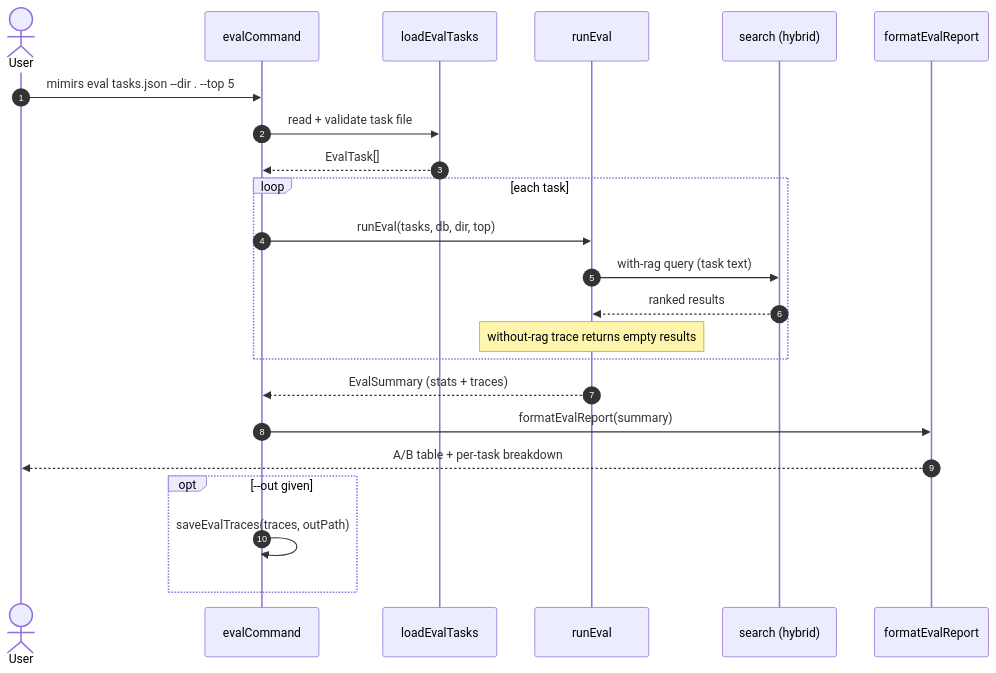
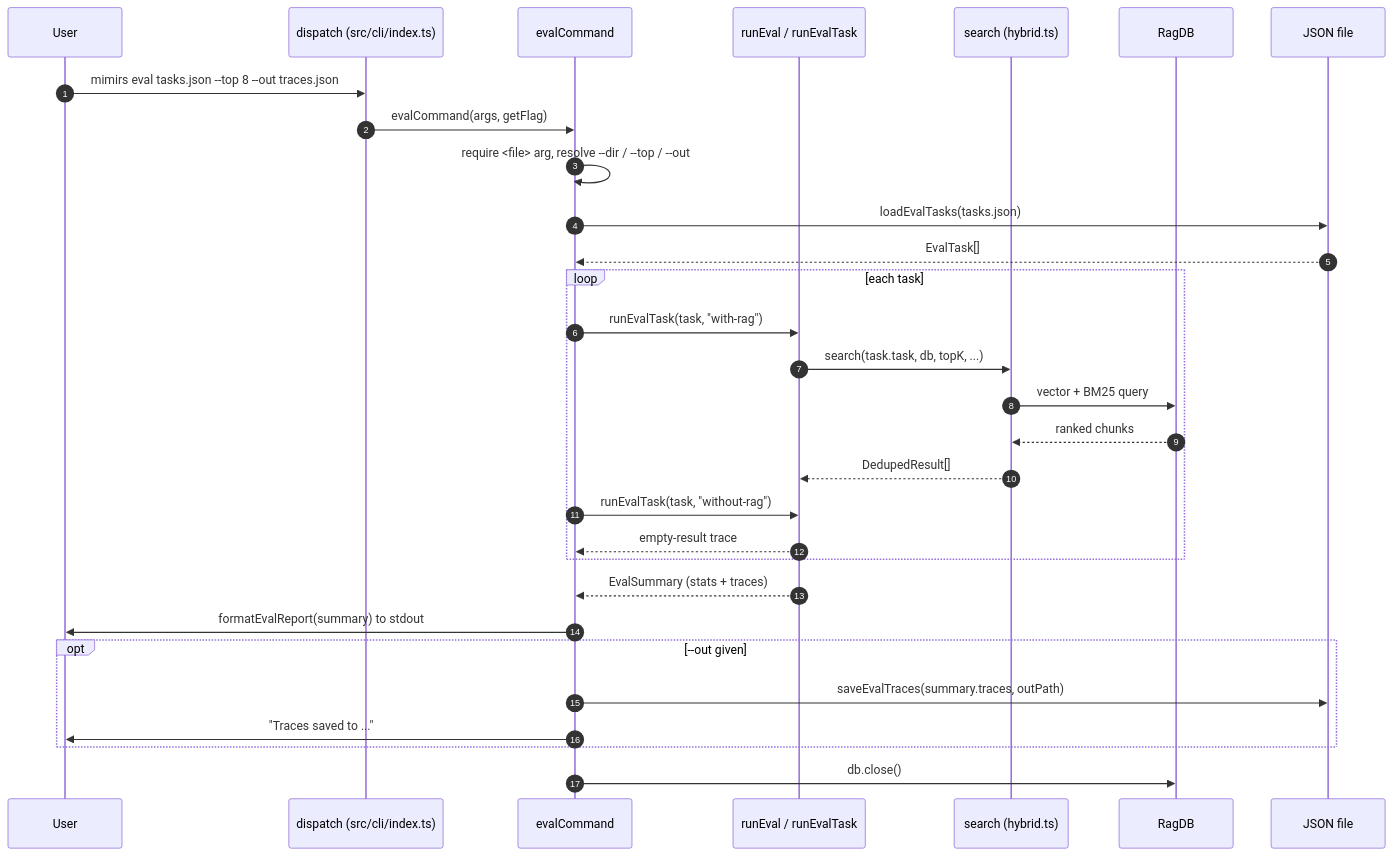
Before and after one commit to TheWinci/mimirs: the diagram in wiki/cli/eval.md, drawn with Mermaid. The commit also changed other lines of this file and 51 other files, not shown here.

````diff
--- a/wiki/cli/eval.md
+++ b/wiki/cli/eval.md
@@ -11,25 +9,33 @@
 ```mermaid
 sequenceDiagram
     autonumber
-    actor User
+    participant User
+    participant CLI as dispatch (src/cli/index.ts)
     participant Cmd as evalCommand
-    participant Loader as loadEvalTasks
-    participant Runner as runEval
-    participant Search as search (hybrid)
-    participant Report as formatEvalReport
-    User->>Cmd: mimirs eval tasks.json --dir . --top 5
-    Cmd->>Loader: read + validate task file
-    Loader-->>Cmd: EvalTask[]
+    participant EvalSvc as runEval / runEvalTask
+    participant Search as search (hybrid.ts)
+    participant DB as RagDB
+    participant FS as JSON file
+
+    User->>CLI: mimirs eval tasks.json --top 8 --out traces.json
+    CLI->>Cmd: evalCommand(args, getFlag)
+    Cmd->>Cmd: require <file> arg, resolve --dir / --top / --out
+    Cmd->>FS: loadEvalTasks(tasks.json)
+    FS-->>Cmd: EvalTask[]
     loop each task
-        Cmd->>Runner: runEval(tasks, db, dir, top)
-        Runner->>Search: with-rag query (task text)
-        Search-->>Runner: ranked results
-        Note over Runner: without-rag trace returns empty results
+        Cmd->>EvalSvc: runEvalTask(task, "with-rag")
+        EvalSvc->>Search: search(task.task, db, topK, ...)
+        Search->>DB: vector + BM25 query
+        DB-->>Search: ranked chunks
+        Search-->>EvalSvc: DedupedResult[]
+        Cmd->>EvalSvc: runEvalTask(task, "without-rag")
+        EvalSvc-->>Cmd: empty-result trace
     end
-    Runner-->>Cmd: EvalSummary (stats + traces)
-    Cmd->>Report: formatEvalReport(summary)
-    Report-->>User: A/B table + per-task breakdown
+    EvalSvc-->>Cmd: EvalSummary (stats + traces)
+    Cmd->>User: formatEvalReport(summary) to stdout
     opt --out given
-        Cmd->>Cmd: saveEvalTraces(traces, outPath)
+        Cmd->>FS: saveEvalTraces(summary.traces, outPath)
+        Cmd->>User: "Traces saved to ..."
     end
+    Cmd->>DB: db.close()
 ```
````
